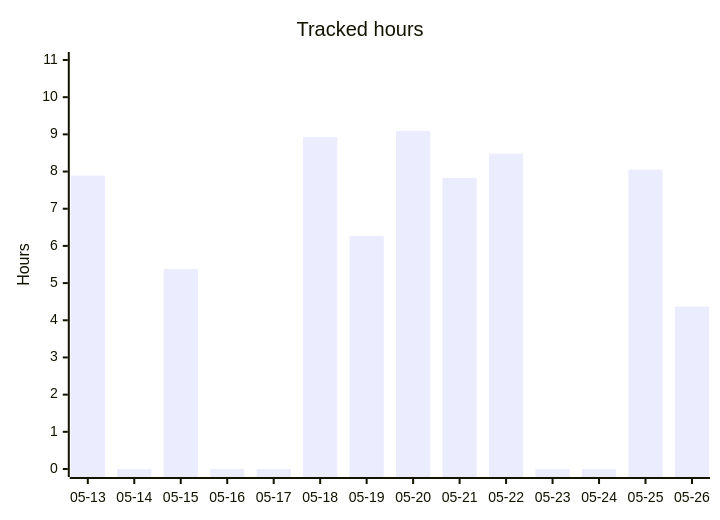
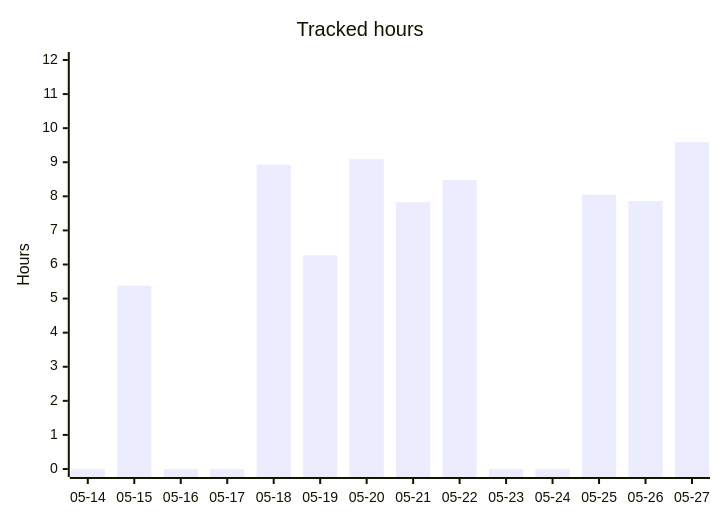
The second of 5 diagrams in README.org (albinforsberg-netizen/timeclock), drawn with Mermaid before and after one commit. The commit also changed other lines of this file, not shown here.

```diff
--- a/README.org
+++ b/README.org
@@ -90,7 +90,7 @@
 #+begin_src mermaid
 xychart-beta
     title "Tracked hours"
-    x-axis ["05-13", "05-14", "05-15", "05-16", "05-17", "05-18", "05-19", "05-20", "05-21", "05-22", "05-23", "05-24", "05-25", "05-26"]
-    y-axis "Hours" 0 --> 11
-    bar [7.89, 0.00, 5.38, 0.00, 0.00, 8.93, 6.27, 9.09, 7.83, 8.48, 0.00, 0.00, 8.05, 4.37]
+    x-axis ["05-14", "05-15", "05-16", "05-17", "05-18", "05-19", "05-20", "05-21", "05-22", "05-23", "05-24", "05-25", "05-26", "05-27"]
+    y-axis "Hours" 0 --> 12
+    bar [0.00, 5.38, 0.00, 0.00, 8.93, 6.27, 9.09, 7.83, 8.48, 0.00, 0.00, 8.05, 7.86, 9.59]
 #+end_src
```
